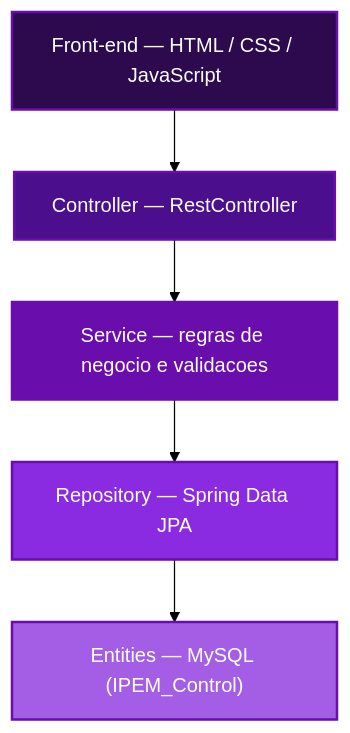
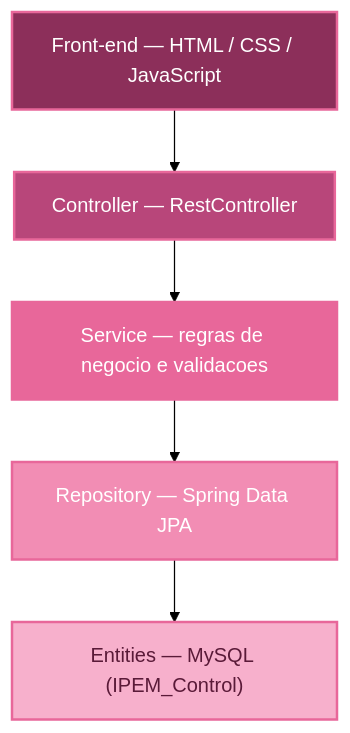
One commit to Markeis24/bertoti changed the first of 4 diagrams in tg/README.md. Above: the diagram before and after it, drawn with Mermaid (forest theme). The commit also changed other lines of this file, not shown here.

````diff
--- a/tg/README.md
+++ b/tg/README.md
@@ -271,13 +270,13 @@
 ```mermaid
 flowchart TD
     A["Front-end — HTML / CSS / JavaScript"] --> B["Controller — RestController"]
     B --> C["Service — regras de negocio e validacoes"]
     C --> D["Repository — Spring Data JPA"]
     D --> E["Entities — MySQL (IPEM_Control)"]
 
-    style A fill:#2C0A4D,color:#fff,stroke:#6A0DAD,stroke-width:2px
-    style B fill:#4B0E8C,color:#fff,stroke:#6A0DAD,stroke-width:2px
-    style C fill:#6A0DAD,color:#fff,stroke:#6A0DAD,stroke-width:2px
-    style D fill:#8A2BE2,color:#fff,stroke:#6A0DAD,stroke-width:2px
-    style E fill:#A45EE5,color:#fff,stroke:#6A0DAD,stroke-width:2px
+    style A fill:#8C2F5A,color:#fff,stroke:#E8679A,stroke-width:2px
+    style B fill:#B8467A,color:#fff,stroke:#E8679A,stroke-width:2px
+    style C fill:#E8679A,color:#fff,stroke:#E8679A,stroke-width:2px
+    style D fill:#F28DB4,color:#fff,stroke:#E8679A,stroke-width:2px
+    style E fill:#F7B0CC,color:#5A1A38,stroke:#E8679A,stroke-width:2px
 ```
````
